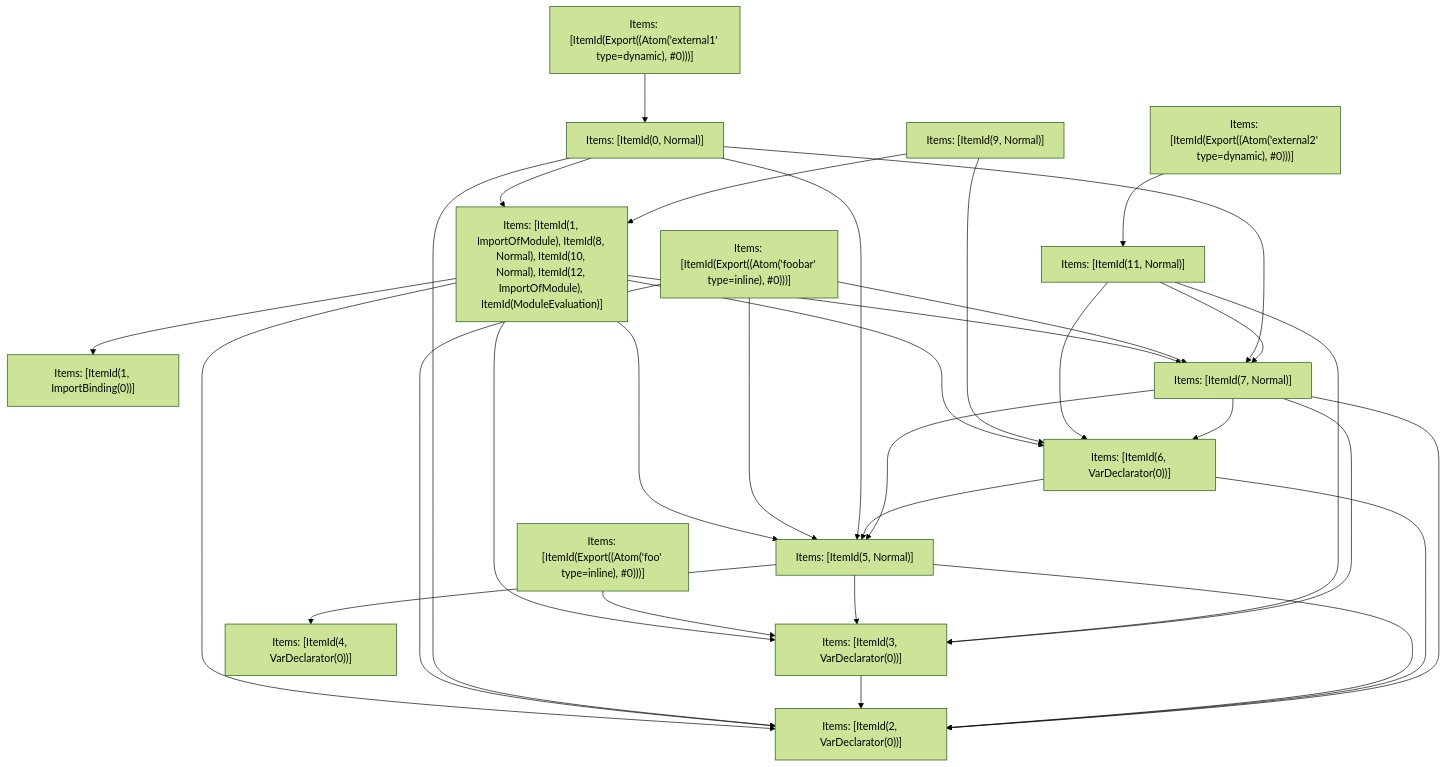
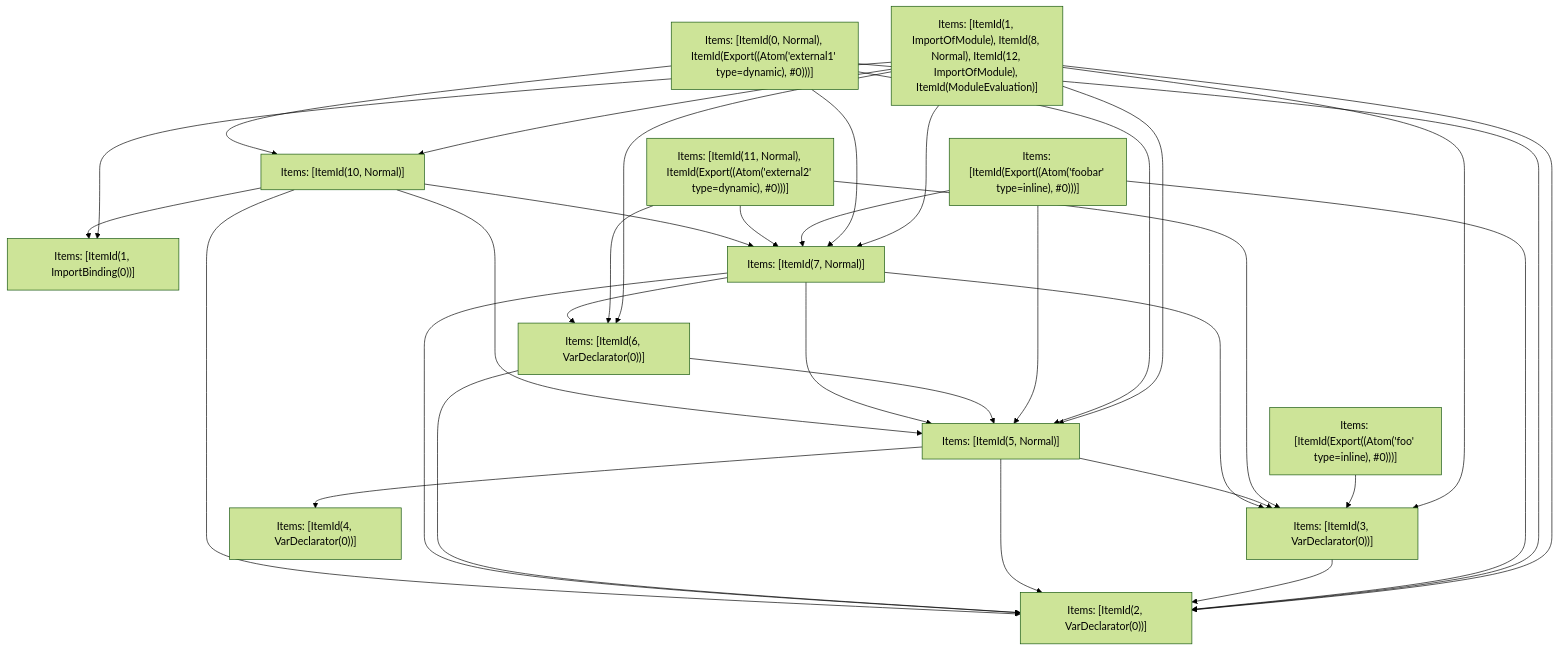
The fifth of 5 diagrams in crates/turbopack-ecmascript/tests/tree-shaker/analyzer/2/output.md (vercel/turborepo), drawn with Mermaid (forest theme) before and after one commit. The commit also changed other lines of this file and 3 other files, not shown here.

````diff
--- a/crates/turbopack-ecmascript/tests/tree-shaker/analyzer/2/output.md
+++ b/crates/turbopack-ecmascript/tests/tree-shaker/analyzer/2/output.md
@@ -359,49 +359,48 @@
 ```mermaid
 graph TD
-    N0["Items: [ItemId(1, ImportOfModule), ItemId(8, Normal), ItemId(10, Normal), ItemId(12, ImportOfModule), ItemId(ModuleEvaluation)]"];
-    N1["Items: [ItemId(Export((Atom('external1' type=dynamic), #0)))]"];
+    N0["Items: [ItemId(1, ImportOfModule), ItemId(8, Normal), ItemId(12, ImportOfModule), ItemId(ModuleEvaluation)]"];
+    N1["Items: [ItemId(0, Normal), ItemId(Export((Atom('external1' type=dynamic), #0)))]"];
     N2["Items: [ItemId(Export((Atom('foobar' type=inline), #0)))]"];
     N3["Items: [ItemId(Export((Atom('foo' type=inline), #0)))]"];
-    N4["Items: [ItemId(Export((Atom('external2' type=dynamic), #0)))]"];
-    N5["Items: [ItemId(0, Normal)]"];
-    N6["Items: [ItemId(1, ImportBinding(0))]"];
-    N7["Items: [ItemId(2, VarDeclarator(0))]"];
-    N8["Items: [ItemId(3, VarDeclarator(0))]"];
+    N4["Items: [ItemId(11, Normal), ItemId(Export((Atom('external2' type=dynamic), #0)))]"];
+    N5["Items: [ItemId(1, ImportBinding(0))]"];
+    N6["Items: [ItemId(2, VarDeclarator(0))]"];
+    N7["Items: [ItemId(3, VarDeclarator(0))]"];
+    N8["Items: [ItemId(4, VarDeclarator(0))]"];
     N9["Items: [ItemId(5, Normal)]"];
     N10["Items: [ItemId(6, VarDeclarator(0))]"];
-    N11["Items: [ItemId(9, Normal)]"];
-    N12["Items: [ItemId(11, Normal)]"];
-    N13["Items: [ItemId(4, VarDeclarator(0))]"];
-    N14["Items: [ItemId(7, Normal)]"];
+    N11["Items: [ItemId(7, Normal)]"];
+    N12["Items: [ItemId(10, Normal)]"];
     N0 --> N10;
+    N0 --> N12;
+    N0 --> N6;
+    N0 --> N9;
+    N0 --> N11;
     N0 --> N7;
-    N0 --> N9;
-    N0 --> N14;
-    N0 --> N8;
-    N0 --> N6;
-    N1 --> N5;
-    N2 --> N7;
+    N0 --> N5;
+    N1 --> N12;
+    N1 --> N6;
+    N1 --> N9;
+    N1 --> N11;
+    N2 --> N6;
     N2 --> N9;
-    N2 --> N14;
-    N3 --> N8;
-    N4 --> N12;
-    N5 --> N0;
-    N5 --> N7;
-    N5 --> N9;
-    N5 --> N14;
-    N8 --> N7;
-    N9 --> N13;
+    N2 --> N11;
+    N3 --> N7;
+    N4 --> N7;
+    N4 --> N10;
+    N4 --> N11;
+    N7 --> N6;
+    N9 --> N8;
+    N9 --> N6;
     N9 --> N7;
-    N9 --> N8;
-    N10 --> N7;
+    N10 --> N6;
     N10 --> N9;
+    N11 --> N6;
+    N11 --> N9;
+    N11 --> N7;
     N11 --> N10;
-    N11 --> N0;
-    N12 --> N8;
-    N12 --> N10;
-    N12 --> N14;
-    N14 --> N7;
-    N14 --> N9;
-    N14 --> N8;
-    N14 --> N10;
+    N12 --> N5;
+    N12 --> N6;
+    N12 --> N9;
+    N12 --> N11;
 ```
````
